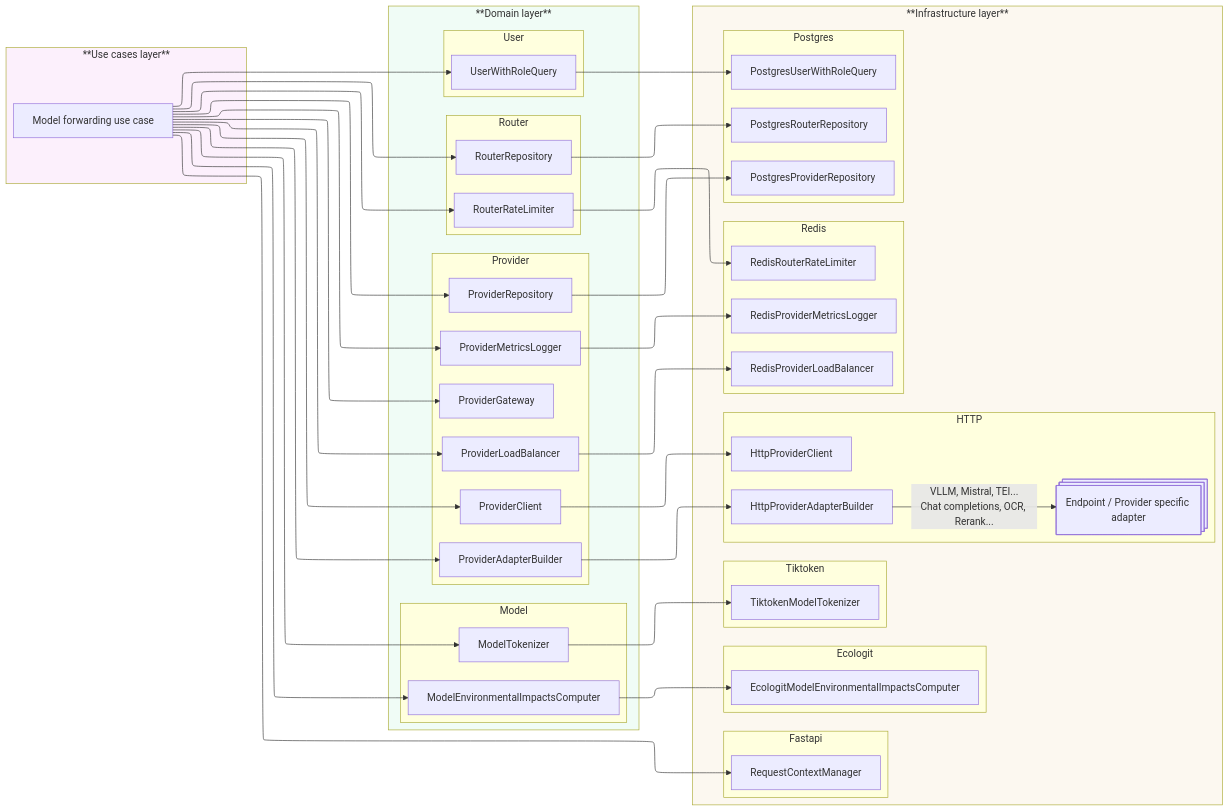
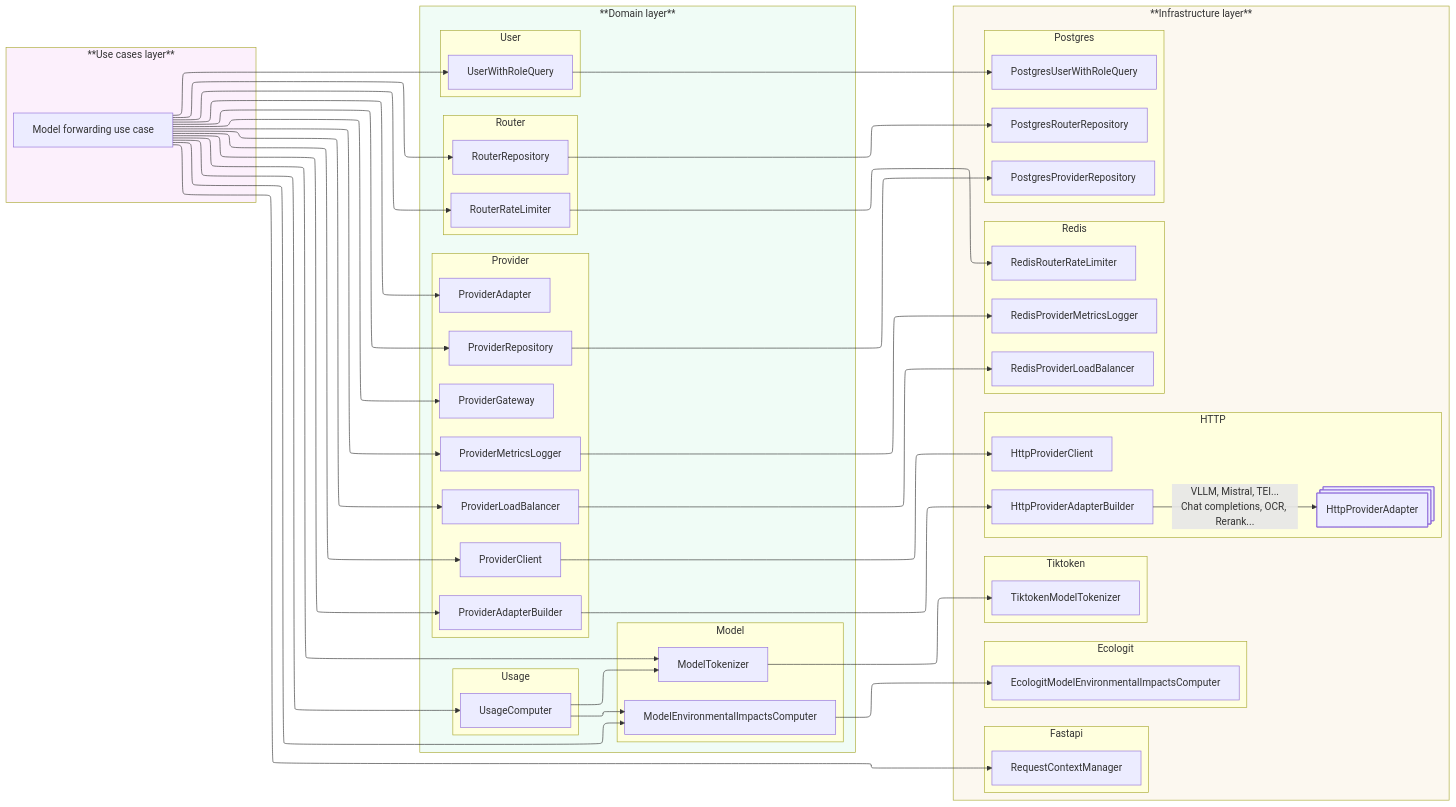
The third of 3 diagrams in adr/2026-05-28-refactoring-model-forwarding.md (etalab-ia/OpenGateLLM), drawn with Mermaid before and after one commit. The commit also changed 34 other files, not shown here.

Commit message:
refacto usage computer

```diff
--- a/adr/2026-05-28-refactoring-model-forwarding.md
+++ b/adr/2026-05-28-refactoring-model-forwarding.md
@@ -132,6 +132,7 @@
     end
     subgraph Provider
         provider_adapter_builder[ProviderAdapterBuilder]
+        provider_adapter[ProviderAdapter]
         provider_repository[ProviderRepository]
         provider_gateway[ProviderGateway]
         provider_load_balancer[ProviderLoadBalancer]
@@ -145,6 +146,9 @@
     subgraph User
         user_with_role_query[UserWithRoleQuery]
     end
+    subgraph Usage
+        usage_computer[UsageComputer]
+    end
 end
 
 subgraph IL[**Infrastructure layer**]
@@ -154,9 +158,8 @@
     subgraph HTTP
         http_provider_adapter_builder[HttpProviderAdapterBuilder]
         http_provider_client[HttpProviderClient]
-        adapter@{ shape: procs, label: Endpoint / Provider specific adapter}
+        http_provider_adapter@{ shape: procs, label: HttpProviderAdapter}
     end
-
 
     subgraph Ecologit
         ecologit_model_environmental_impacts_computer[EcologitModelEnvironmentalImpactsComputer]
@@ -183,6 +186,7 @@
 use_case --> router_rate_limiter
 use_case --> provider_repository
 use_case --> provider_adapter_builder
+use_case --> provider_adapter
 use_case --> provider_gateway
 use_case --> provider_load_balancer
 use_case --> provider_client
@@ -190,12 +194,15 @@
 use_case --> model_environmental_impacts_computer
 use_case --> model_tokenizer
 use_case --> user_with_role_query
+use_case --> usage_computer
+usage_computer --> model_environmental_impacts_computer
+usage_computer --> model_tokenizer
 
 
 
 provider_adapter_builder --> http_provider_adapter_builder
 provider_client --> http_provider_client
-http_provider_adapter_builder --VLLM, Mistral, TEI...<br>Chat completions, OCR, Rerank...--> adapter
+http_provider_adapter_builder --VLLM, Mistral, TEI...<br>Chat completions, OCR, Rerank...--> http_provider_adapter
 model_environmental_impacts_computer --> ecologit_model_environmental_impacts_computer
 model_tokenizer --> tiktoken_model_tokenizer
 provider_metrics_logger --> redis_provider_metrics_logger
```
